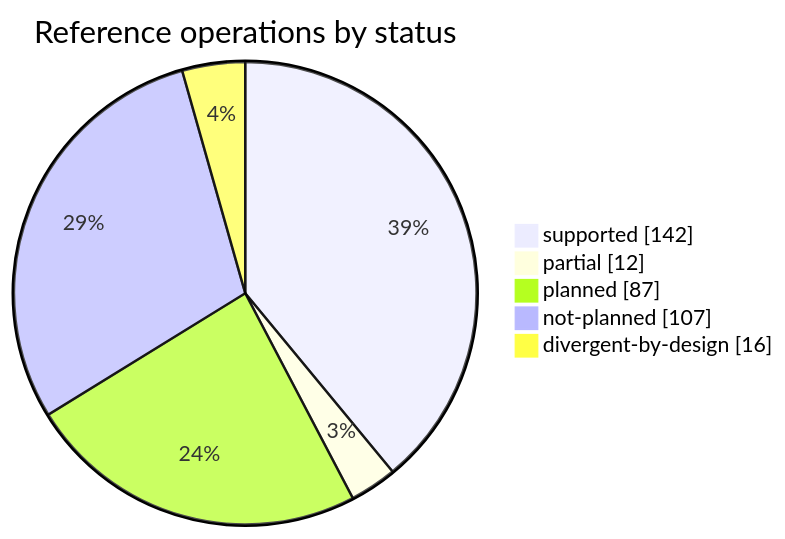
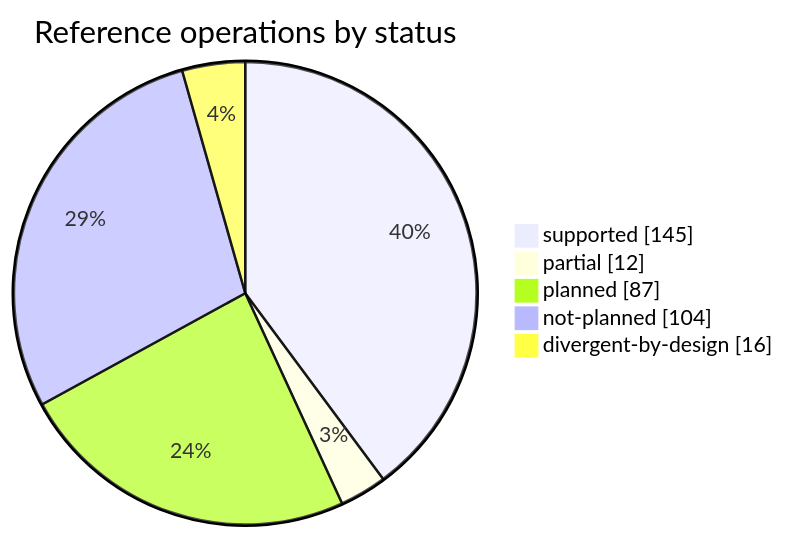
The first of 2 diagrams in docs/COVERAGE.md (rafaelvieiras/tinyfin), drawn with Mermaid before and after one commit. The commit also changed other lines of this file and 28 other files, not shown here.

````diff
--- a/docs/COVERAGE.md
+++ b/docs/COVERAGE.md
@@ -32,8 +32,8 @@
 ```mermaid
 pie showData title Reference operations by status
-    "supported" : 142
+    "supported" : 145
     "partial" : 12
     "planned" : 87
-    "not-planned" : 107
+    "not-planned" : 104
     "divergent-by-design" : 16
 ```
````
